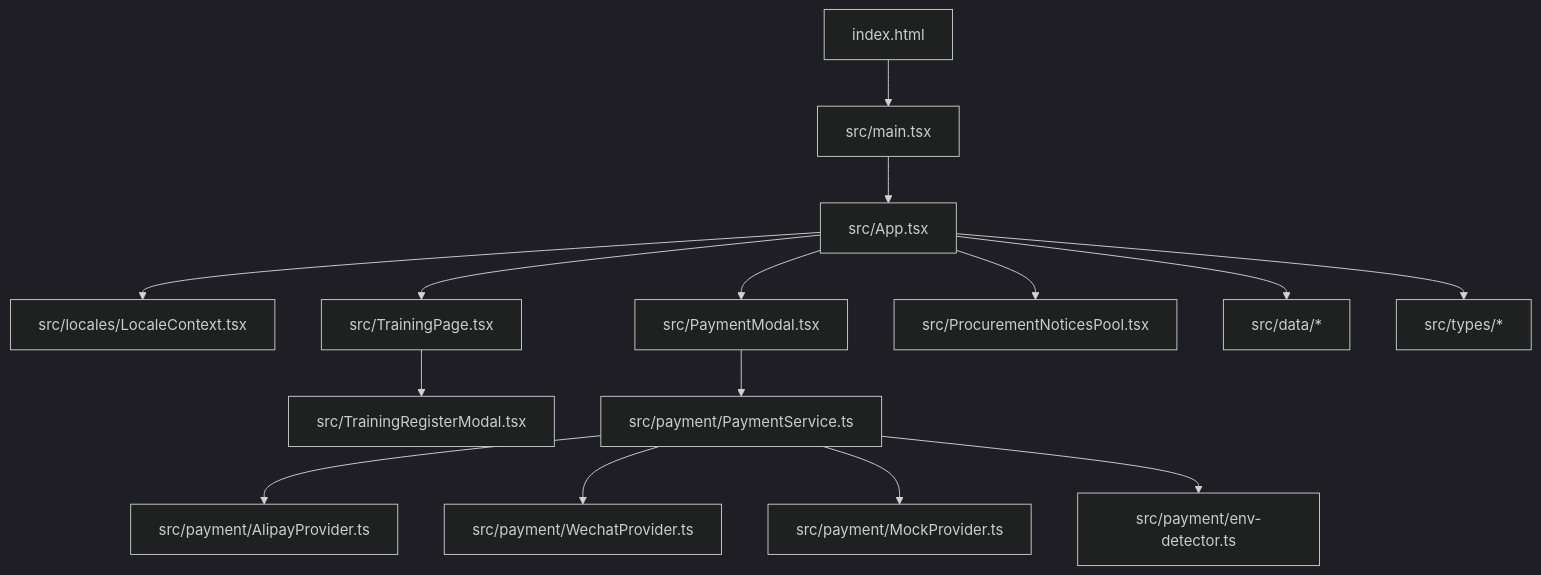
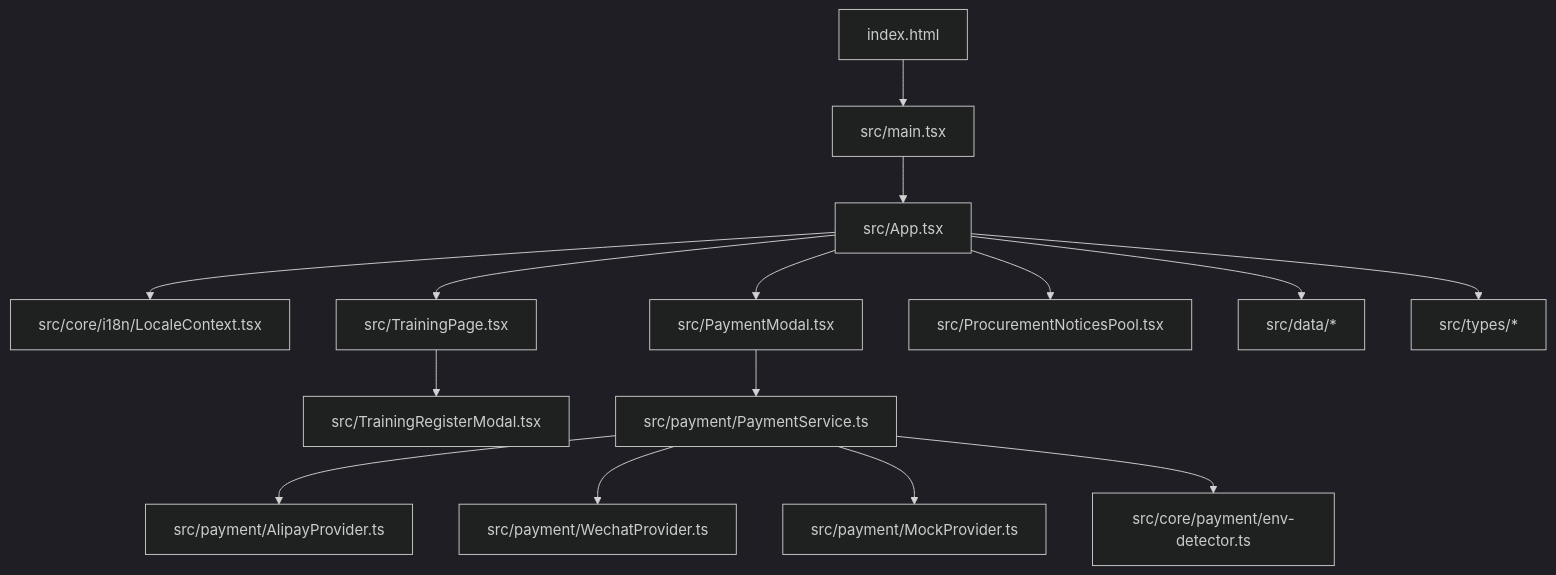
One commit to Hu-Right/supply-os changed the first of 8 diagrams in .qoder/repowiki/zh/content/项目概述.md. Above: the diagram before and after it, drawn with Mermaid (dark theme). The commit also changed other lines of this file and 2 other files, not shown here.

````diff
--- a/.qoder/repowiki/zh/content/项目概述.md
+++ b/.qoder/repowiki/zh/content/项目概述.md
@@ -63,17 +70,17 @@
 ```mermaid
 graph TB
 A["index.html"] --> B["src/main.tsx"]
 B --> C["src/App.tsx"]
-C --> D["src/locales/LocaleContext.tsx"]
+C --> D["src/core/i18n/LocaleContext.tsx"]
 C --> E["src/TrainingPage.tsx"]
 C --> F["src/PaymentModal.tsx"]
 C --> G["src/ProcurementNoticesPool.tsx"]
 E --> H["src/TrainingRegisterModal.tsx"]
 F --> I["src/payment/PaymentService.ts"]
 I --> J["src/payment/AlipayProvider.ts"]
 I --> K["src/payment/WechatProvider.ts"]
 I --> L["src/payment/MockProvider.ts"]
-I --> M["src/payment/env-detector.ts"]
+I --> M["src/core/payment/env-detector.ts"]
 C --> N["src/data/*"]
 C --> O["src/types/*"]
 ```
````
